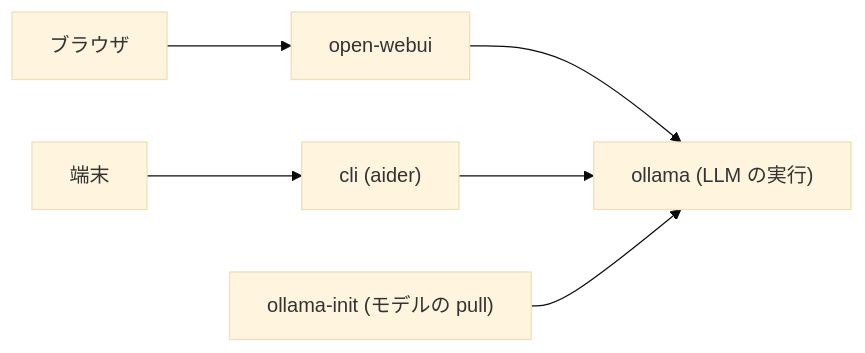
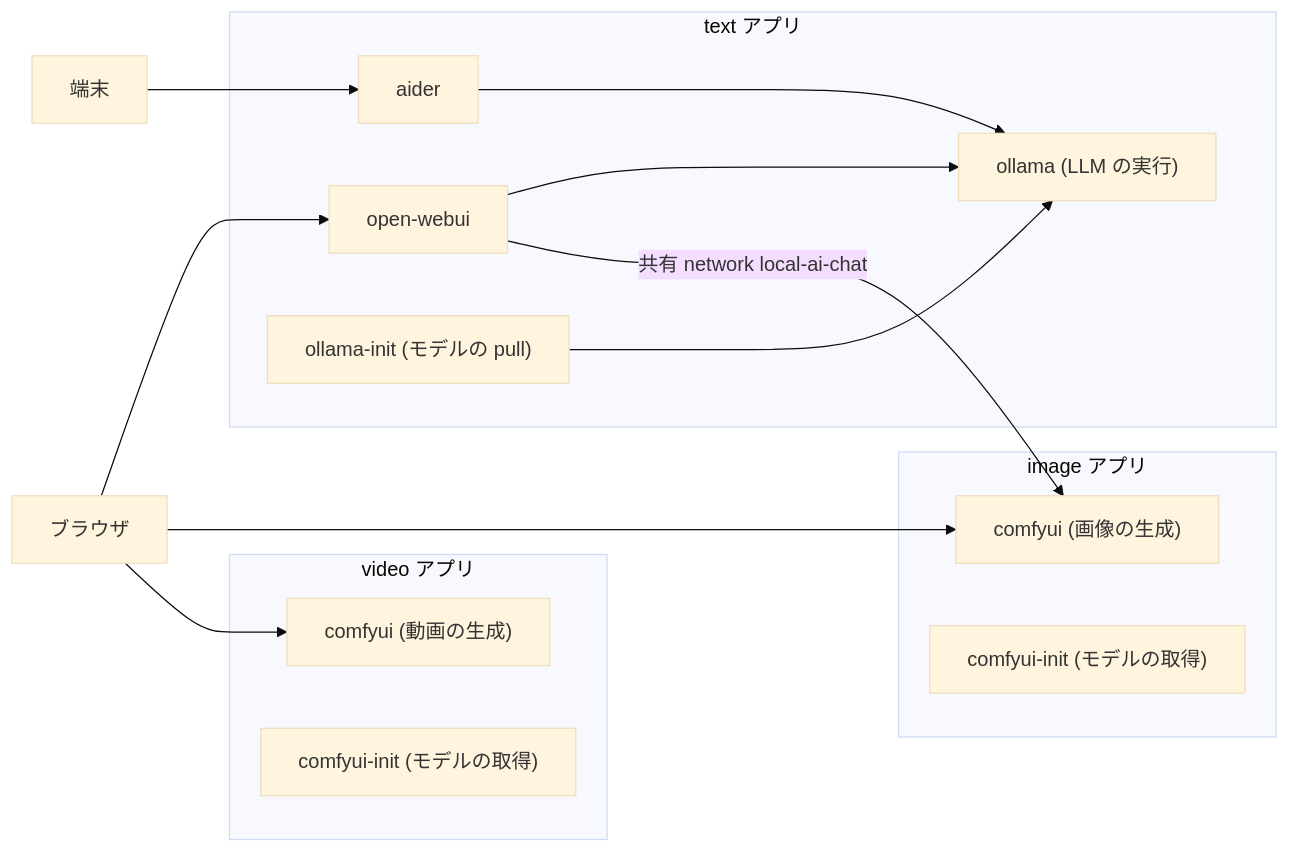
The first of 2 diagrams in README.md (msageha/local-ai-chat), drawn with Mermaid (base theme) before and after one commit. The commit also changed other lines of this file and 33 other files, not shown here.

First line of the commit message:
feat: add image and video generation apps alongside the LLM stack (#6)

````diff
--- a/README.md
+++ b/README.md
@@ -5,8 +7,21 @@
 ```mermaid
 flowchart LR
-  browser[ブラウザ] --> webui[open-webui]
-  terminal[端末] --> cli["cli (aider)"]
-  webui --> ollama["ollama (LLM の実行)"]
-  cli --> ollama
-  init["ollama-init (モデルの pull)"] --> ollama
+  browser[ブラウザ] --> webui
+  browser --> imageui
+  browser --> videoui
+  terminal[端末] --> aider
+  subgraph text["text アプリ"]
+    webui[open-webui] --> ollama["ollama (LLM の実行)"]
+    aider --> ollama
+    ollamainit["ollama-init (モデルの pull)"] --> ollama
+  end
+  subgraph image["image アプリ"]
+    imageui["comfyui (画像の生成)"]
+    imageinit["comfyui-init (モデルの取得)"]
+  end
+  subgraph video["video アプリ"]
+    videoui["comfyui (動画の生成)"]
+    videoinit["comfyui-init (モデルの取得)"]
+  end
+  webui -- "共有 network local-ai-chat" --> imageui
 ```
````
